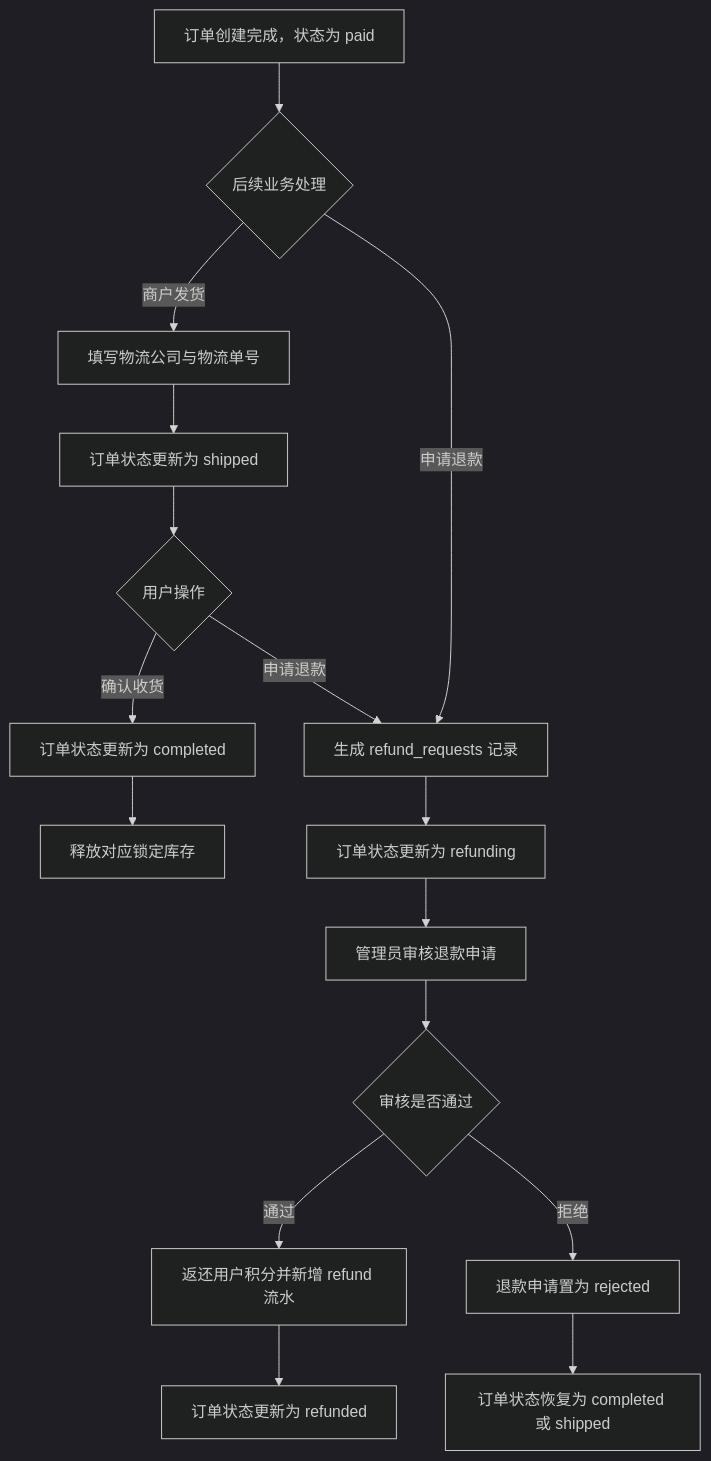
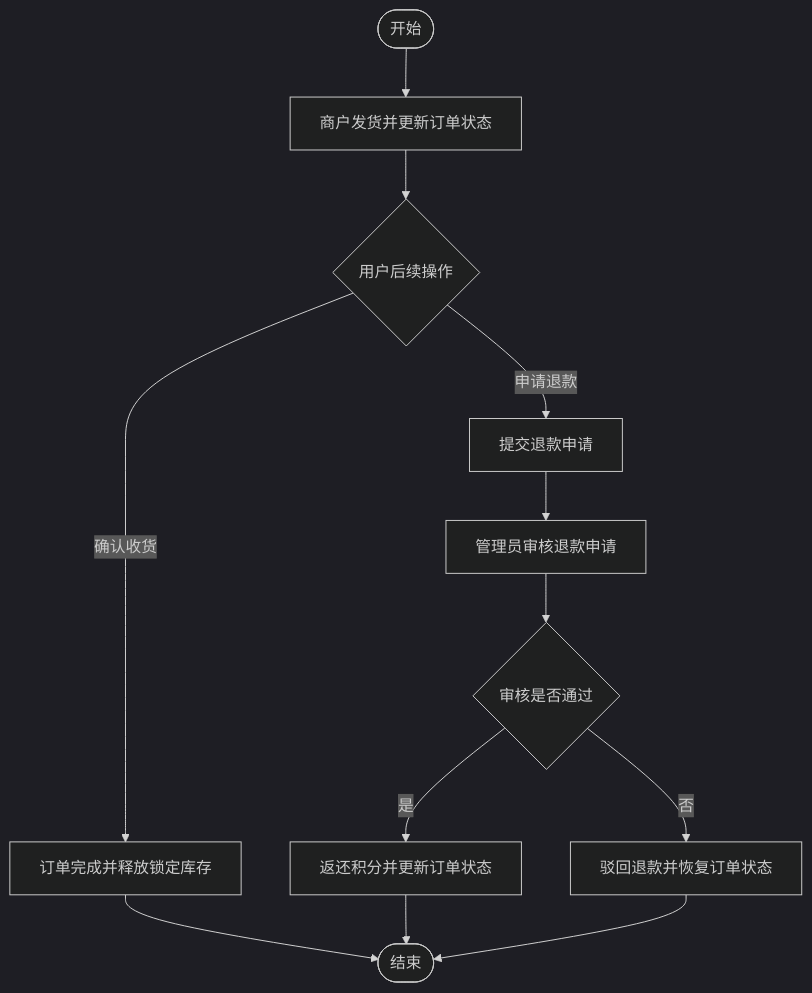
One commit to oasis-AI/3-cmpm-system changed the fifth of 7 diagrams in thesis/lunwen.md. Above: the diagram before and after it, drawn with Mermaid (dark theme). The commit also changed other lines of this file and 6 other files, not shown here.

````diff
--- a/thesis/lunwen.md
+++ b/thesis/lunwen.md
@@ -400,18 +422,14 @@
 ```mermaid
 flowchart TD
-	A["订单创建完成，状态为 paid"] --> B{"后续业务处理"}
-	B -- 商户发货 --> C["填写物流公司与物流单号"]
-	C --> D["订单状态更新为 shipped"]
-	D --> E{"用户操作"}
-	E -- 确认收货 --> F["订单状态更新为 completed"]
-	F --> G["释放对应锁定库存"]
-	E -- 申请退款 --> H["生成 refund_requests 记录"]
-	B -- 申请退款 --> H
-	H --> I["订单状态更新为 refunding"]
-	I --> J["管理员审核退款申请"]
-	J --> K{"审核是否通过"}
-	K -- 通过 --> L["返还用户积分并新增 refund 流水"]
-	L --> M["订单状态更新为 refunded"]
-	K -- 拒绝 --> N["退款申请置为 rejected"]
-	N --> O["订单状态恢复为 completed 或 shipped"]
+	A(["开始"]) --> B["商户发货并更新订单状态"]
+	B --> C{"用户后续操作"}
+	C -- 确认收货 --> D["订单完成并释放锁定库存"]
+	C -- 申请退款 --> E["提交退款申请"]
+	E --> F["管理员审核退款申请"]
+	F --> G{"审核是否通过"}
+	G -- 是 --> H["返还积分并更新订单状态"]
+	G -- 否 --> I["驳回退款并恢复订单状态"]
+	D --> J(["结束"])
+	H --> J
+	I --> J
 ```
````
